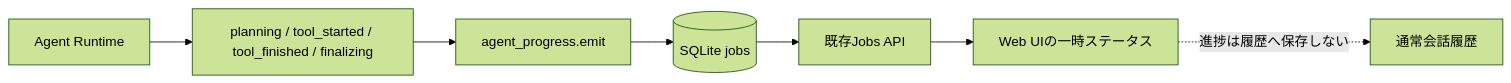
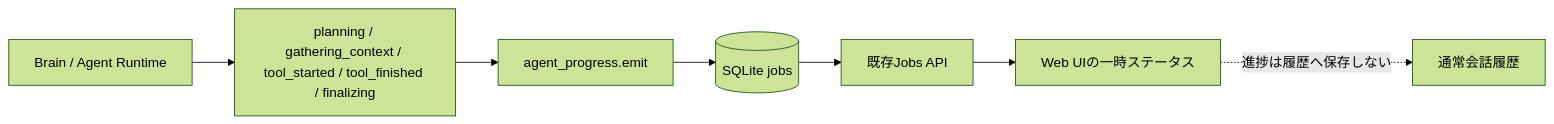
The tenth of 14 diagrams in docs/runtime-flows.md (Soso2e/PETIT), drawn with Mermaid (forest theme) before and after one commit. The commit also changed other lines of this file, not shown here.

````diff
--- a/docs/runtime-flows.md
+++ b/docs/runtime-flows.md
@@ -362,13 +385,13 @@
 ```mermaid
 flowchart LR
-    runtime[Agent Runtime]
-    events["planning / tool_started / tool_finished / finalizing"]
+    runtime[Brain / Agent Runtime]
+    events["planning / gathering_context / tool_started / tool_finished / finalizing"]
     emit[agent_progress.emit]
     jobs[(SQLite jobs)]
     api[既存Jobs API]
     ui[Web UIの一時ステータス]
     history[通常会話履歴]
 
     runtime --> events --> emit --> jobs --> api --> ui
     ui -.->|進捗は履歴へ保存しない| history
 ```
````
